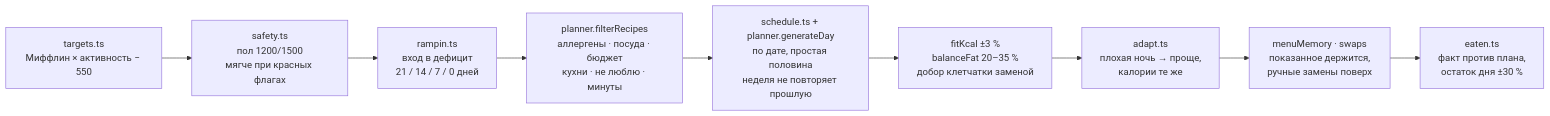
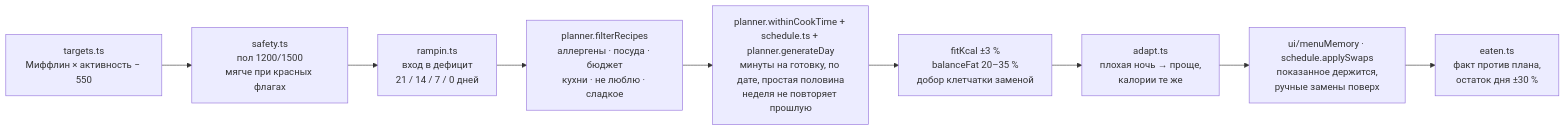
Before and after one commit to iserdario-tech/edimispim: the second of 2 diagrams in docs/ARCHITECTURE.md, drawn with Mermaid. The commit also changed other lines of this file and 5 other files, not shown here.

````diff
--- a/docs/ARCHITECTURE.md
+++ b/docs/ARCHITECTURE.md
@@ -84,10 +84,10 @@
 ```mermaid
 flowchart LR
   T["targets.ts<br>Миффлин × активность − 550"] --> S["safety.ts<br>пол 1200/1500<br>мягче при красных флагах"] --> R["rampin.ts<br>вход в дефицит<br>21 / 14 / 7 / 0 дней"]
-  R --> F["planner.filterRecipes<br>аллергены · посуда · бюджет<br>кухни · не люблю · минуты"]
-  F --> G["schedule.ts + planner.generateDay<br>по дате, простая половина<br>неделя не повторяет прошлую"]
+  R --> F["planner.filterRecipes<br>аллергены · посуда · бюджет<br>кухни · не люблю · сладкое"]
+  F --> G["planner.withinCookTime + schedule.ts + planner.generateDay<br>минуты на готовку, по дате, простая половина<br>неделя не повторяет прошлую"]
   G --> K["fitKcal ±3 %<br>balanceFat 20–35 %<br>добор клетчатки заменой"]
   K --> A["adapt.ts<br>плохая ночь → проще,<br>калории те же"]
-  A --> M["menuMemory · swaps<br>показанное держится,<br>ручные замены поверх"]
+  A --> M["ui/menuMemory · schedule.applySwaps<br>показанное держится,<br>ручные замены поверх"]
   M --> E["eaten.ts<br>факт против плана,<br>остаток дня ±30 %"]
 ```
````
